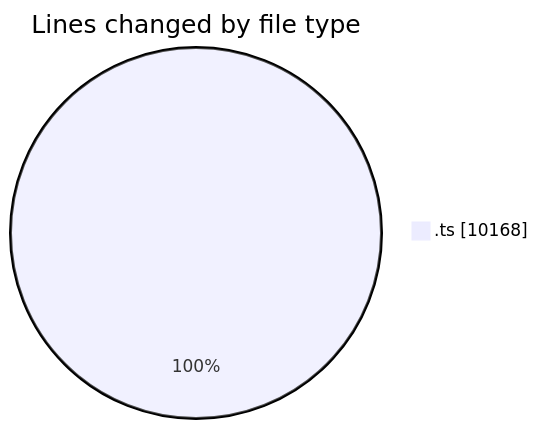
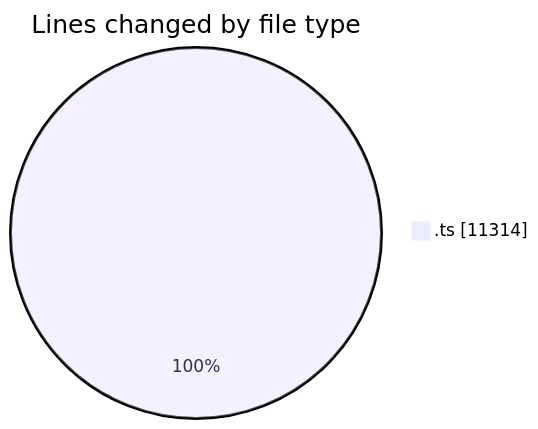
One commit to tmsrecording-cyber/code-tracking changed the first of 2 diagrams in 2026-02-09/singularitybrainai/README.md. Above: the diagram before and after it, drawn with Mermaid. The commit also changed other lines of this file and 1 other file, not shown here.

````diff
--- a/2026-02-09/singularitybrainai/README.md
+++ b/2026-02-09/singularitybrainai/README.md
@@ -35,5 +35,5 @@
 ```mermaid
 pie showData
 title Lines changed by file type
-".ts" : 10168
+".ts" : 11314
 ```
````
